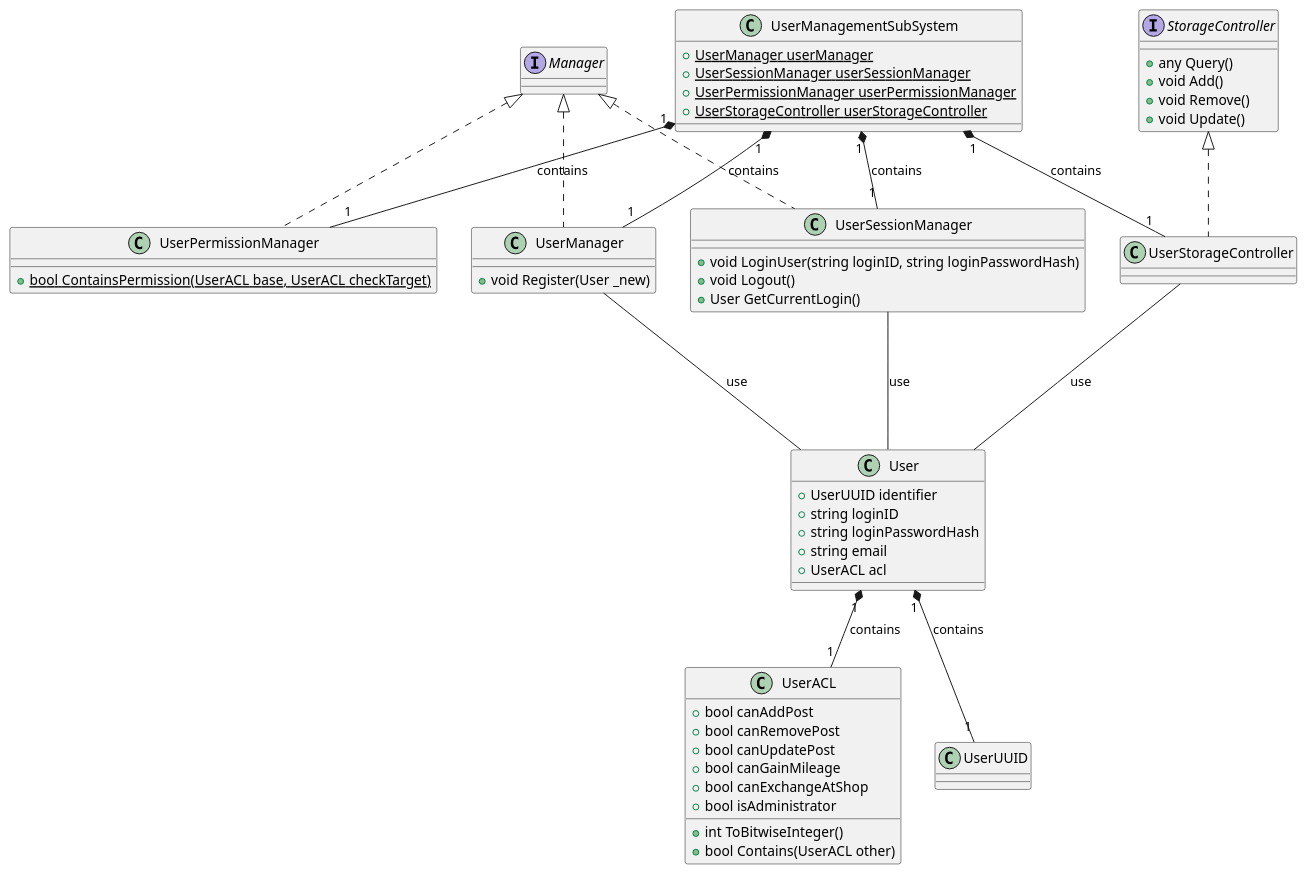
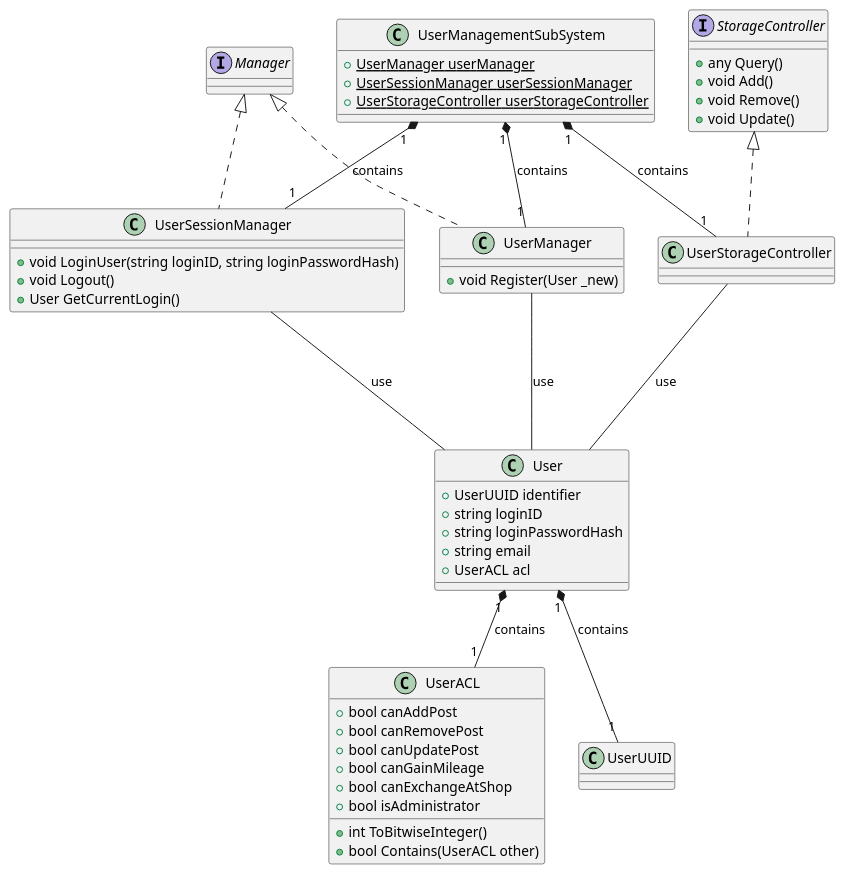
One commit to ShapeLayer/se-lecture-task__project-structure-definitions changed the diagram in src/UserManagement.puml. Above: the diagram before and after it, drawn with PlantUML. The commit also changed 3 other files, not shown here.

```diff
--- a/src/UserManagement.puml
+++ b/src/UserManagement.puml
@@ -1,64 +1,58 @@
 @startuml
 Interface Manager
 Interface StorageController {
     + any Query()
     + void Add()
     + void Remove()
     + void Update()
 }
 
 class UserACL {
     + bool canAddPost
     + bool canRemovePost
     + bool canUpdatePost
     + bool canGainMileage
     + bool canExchangeAtShop
     + bool isAdministrator
     + int ToBitwiseInteger()
     + bool Contains(UserACL other)
 }
 
 class User {
     + UserUUID identifier
     + string loginID
     + string loginPasswordHash
     + string email
     + UserACL acl
 }
 
 class UserManager implements Manager {
     + void Register(User _new)
 }
 UserManager --- User : use
 
 class UserSessionManager implements Manager {
     + void LoginUser(string loginID, string loginPasswordHash)
     + void Logout()
     + User GetCurrentLogin()
 }
 UserSessionManager --- User : use
 
 class UserStorageController implements StorageController {}
 UserStorageController --- User : use
 
-class UserPermissionManager implements Manager {
-    + {static} bool ContainsPermission(UserACL base, UserACL checkTarget)
-}
-
 User "1" *-- "1" UserUUID : contains
 User "1" *-- "1" UserACL : contains
 
 ' User Management SubSystem
 
 class UserManagementSubSystem {
     + {static} UserManager userManager
     + {static} UserSessionManager userSessionManager
-    + {static} UserPermissionManager userPermissionManager
     + {static} UserStorageController userStorageController
 }
 
 UserManagementSubSystem "1" *-- "1" UserManager : contains
 UserManagementSubSystem "1" *-- "1" UserSessionManager : contains
 UserManagementSubSystem "1" *-- "1" UserStorageController : contains
-UserManagementSubSystem "1" *-- "1" UserPermissionManager : contains
 @enduml
```
